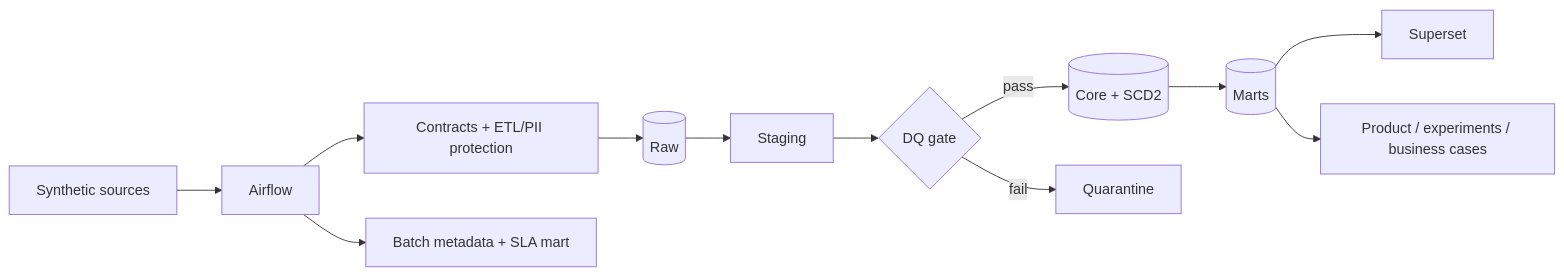
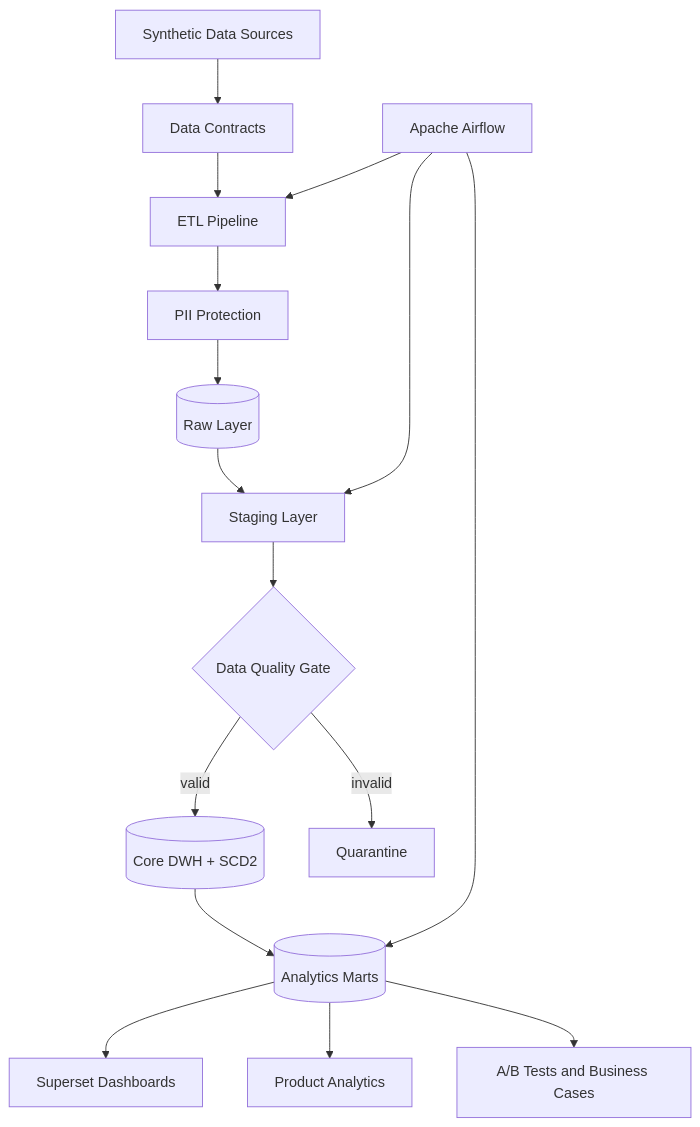
Before and after one commit to daniilpalamaruk-prog/synthetic-product-analytics-platform: the diagram in README.md, drawn with Mermaid. The commit also changed other lines of this file, not shown here.

````diff
--- a/README.md
+++ b/README.md
@@ -11,12 +22,18 @@
 ```mermaid
-flowchart LR
-  S[Synthetic sources] --> A[Airflow]
-  A --> E[Contracts + ETL/PII protection]
-  E --> R[(Raw)] --> T[Staging]
-  T --> Q{DQ gate}
-  Q -->|pass| C[(Core + SCD2)] --> M[(Marts)]
-  Q -->|fail| X[Quarantine]
-  M --> B[Superset]
-  M --> P[Product / experiments / business cases]
-  A --> H[Batch metadata + SLA mart]
+flowchart TD
+    A[Synthetic Data Sources] --> B[Data Contracts]
+    B --> C[ETL Pipeline]
+    C --> D[PII Protection]
+    D --> E[(Raw Layer)]
+    E --> F[Staging Layer]
+    F --> Q{Data Quality Gate}
+    Q -->|valid| G[(Core DWH + SCD2)]
+    Q -->|invalid| X[Quarantine]
+    G --> H[(Analytics Marts)]
+    H --> I[Superset Dashboards]
+    H --> J[Product Analytics]
+    H --> L[A/B Tests and Business Cases]
+    K[Apache Airflow] --> C
+    K --> F
+    K --> H
 ```
````
